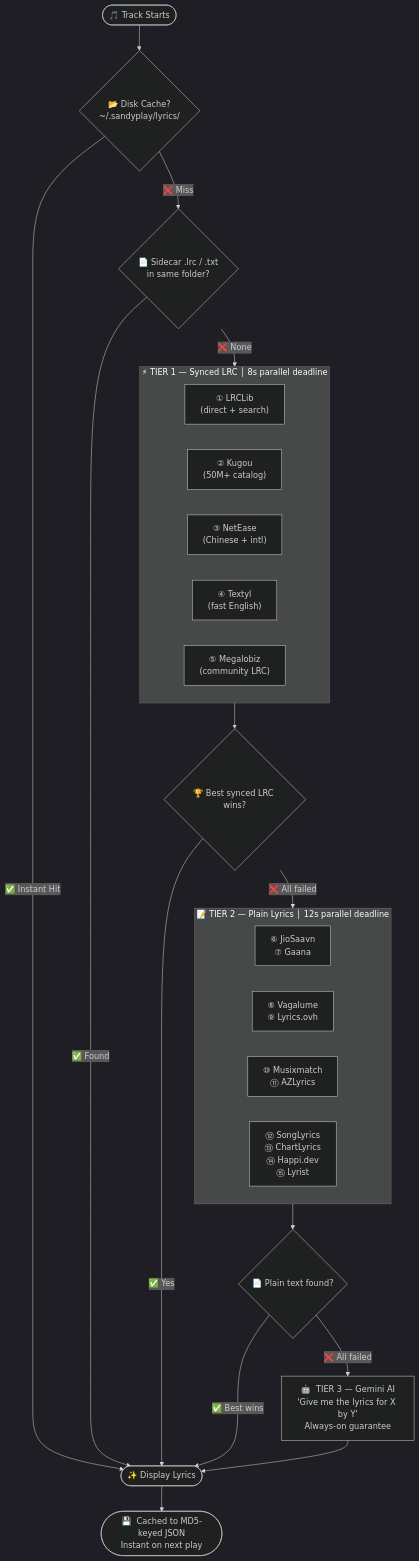
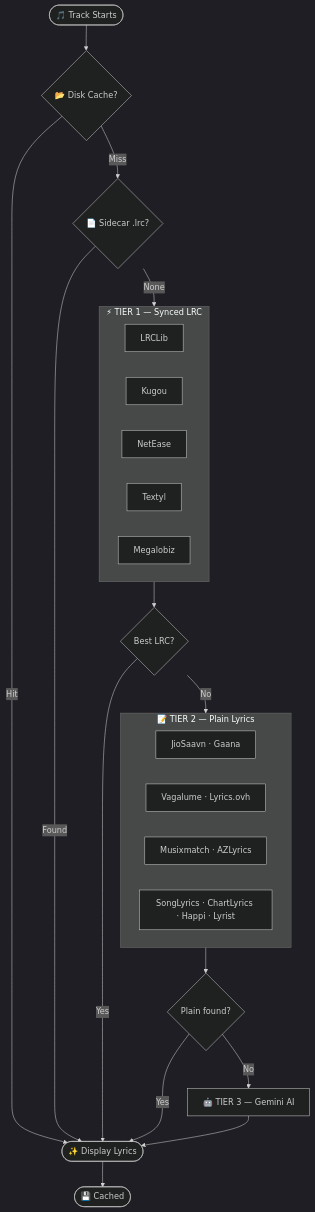
Before and after one commit to sandytalks/SANDYPLAY: the first of 2 diagrams in README.md, drawn with Mermaid (dark theme). The commit also changed other lines of this file, not shown here.

````diff
--- a/README.md
+++ b/README.md
@@ -197,26 +207,22 @@
 ```mermaid
 flowchart TD
-    A(["🎵  Track Starts"]) --> B{"📂  Disk Cache?\n~/.sandyplay/lyrics/"}
-    B -- "✅  Instant Hit" --> Z(["✨  Display Lyrics"])
-    B -- "❌  Miss" --> C{"📄  Sidecar .lrc / .txt\nin same folder?"}
-    C -- "✅  Found" --> Z
-    C -- "❌  None" --> D
-
-    subgraph D["⚡  TIER 1 — Synced LRC  │  8s parallel deadline"]
-        D1["① LRCLib\n(direct + search)"] & D2["② Kugou\n(50M+ catalog)"] & D3["③ NetEase\n(Chinese + intl)"] & D4["④ Textyl\n(fast English)"] & D5["⑤ Megalobiz\n(community LRC)"]
+    A(["🎵 Track Starts"]) --> B{"📂 Disk Cache?"}
+    B -- Hit --> Z(["✨ Display Lyrics"])
+    B -- Miss --> C{"📄 Sidecar .lrc?"}
+    C -- Found --> Z
+    C -- None --> D
+    subgraph D["⚡ TIER 1 — Synced LRC"]
+        D1["LRCLib"] & D2["Kugou"] & D3["NetEase"] & D4["Textyl"] & D5["Megalobiz"]
     end
-
-    D --> E{"🏆 Best synced LRC wins?"}
-    E -- "✅  Yes" --> Z
-    E -- "❌  All failed" --> F
-
-    subgraph F["📝  TIER 2 — Plain Lyrics  │  12s parallel deadline"]
-        F1["⑥ JioSaavn\n⑦ Gaana"] & F2["⑧ Vagalume\n⑨ Lyrics.ovh"] & F3["⑩ Musixmatch\n⑪ AZLyrics"] & F4["⑫ SongLyrics\n⑬ ChartLyrics\n⑭ Happi.dev\n⑮ Lyrist"]
+    D --> E{"Best LRC?"}
+    E -- Yes --> Z
+    E -- No --> F
+    subgraph F["📝 TIER 2 — Plain Lyrics"]
+        F1["JioSaavn · Gaana"] & F2["Vagalume · Lyrics.ovh"] & F3["Musixmatch · AZLyrics"] & F4["SongLyrics · ChartLyrics · Happi · Lyrist"]
     end
-
-    F --> G{"📄 Plain text found?"}
-    G -- "✅  Best wins" --> Z
-    G -- "❌  All failed" --> H["🤖  TIER 3 — Gemini AI\n'Give me the lyrics for X by Y'\nAlways-on guarantee"]
+    F --> G{"Plain found?"}
+    G -- Yes --> Z
+    G -- No --> H["🤖 TIER 3 — Gemini AI"]
     H --> Z
-    Z --> I(["💾  Cached to MD5-keyed JSON\nInstant on next play"])
+    Z --> I(["💾 Cached"])
 ```
````
